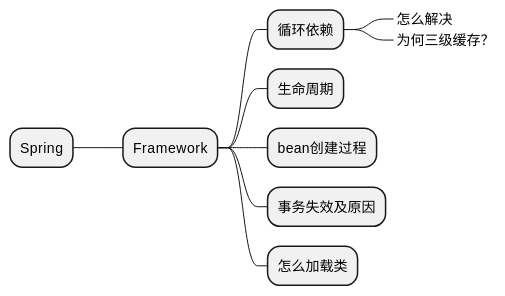
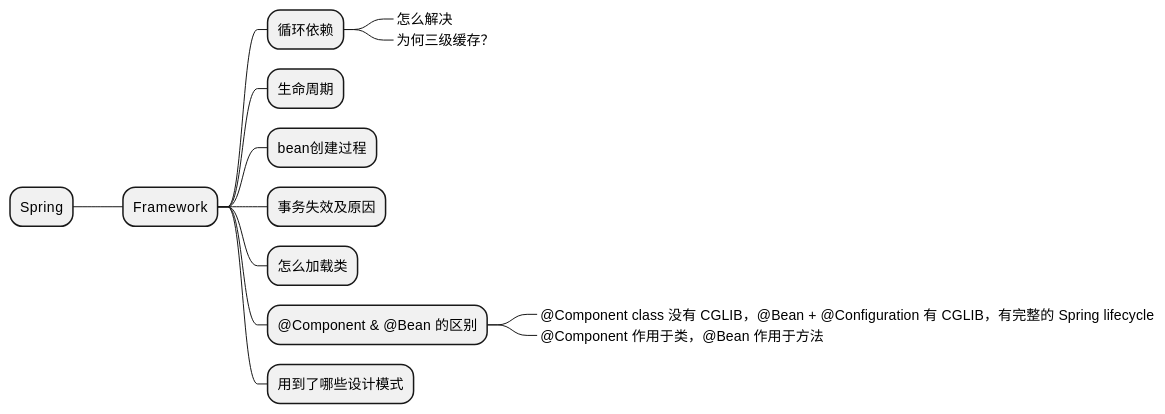
One commit to Gh0st99/Gh0st99.github.io changed diagram 11 of 11 in _posts/2021-05-27-查漏补缺.md. Above: the diagram before and after it, drawn with PlantUML. The commit also changed other lines of this file and 1 other file, not shown here.

Commit message:
查漏补缺

````diff
--- a/_posts/2021-05-27-查漏补缺.md
+++ b/_posts/2021-05-27-查漏补缺.md
@@ -783,14 +785,20 @@
 ```plantuml
 @startmindmap
 * Spring
 ** Framework
 *** 循环依赖
 ****_ 怎么解决
 ****_ 为何三级缓存？
 
 *** 生命周期
 *** bean创建过程
 *** 事务失效及原因
 *** 怎么加载类
+
+*** @Component & @Bean 的区别
+****_ @Component class 没有 CGLIB，@Bean + @Configuration 有 CGLIB，有完整的 Spring lifecycle
+****_ @Component 作用于类，@Bean 作用于方法
+
+*** 用到了哪些设计模式
 @endmindmap
 ```
````
